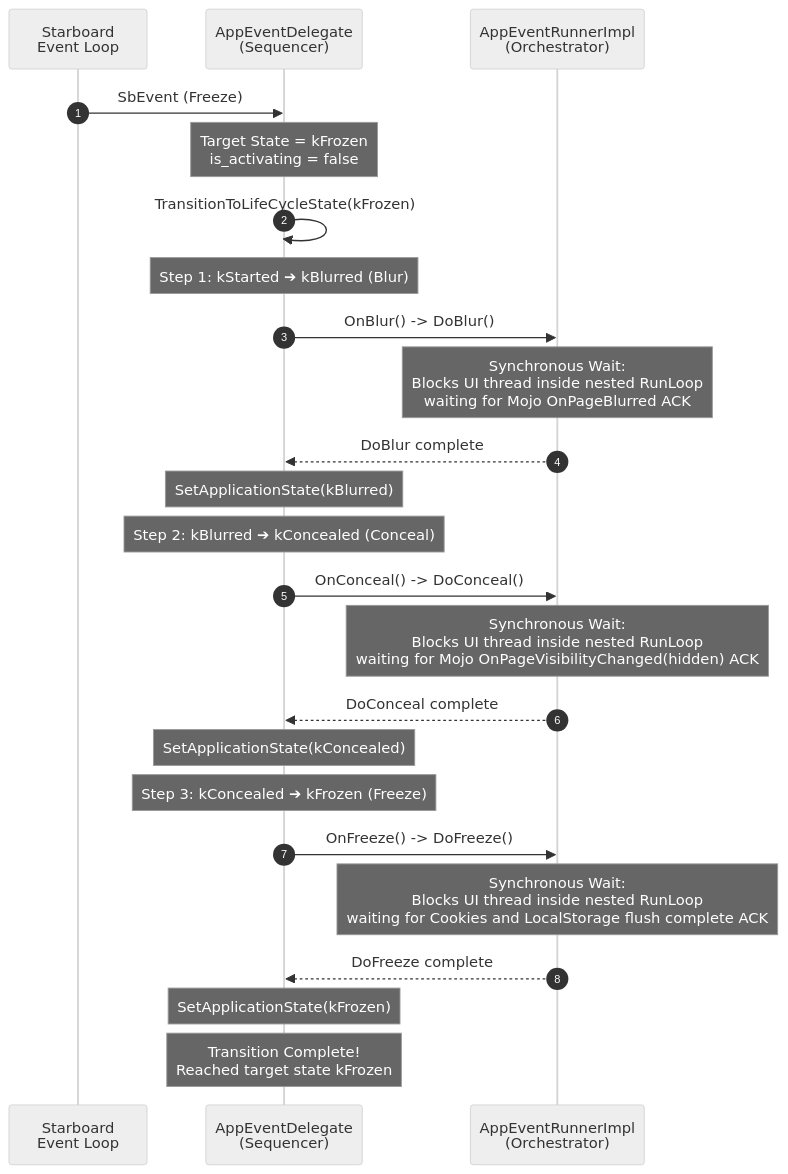
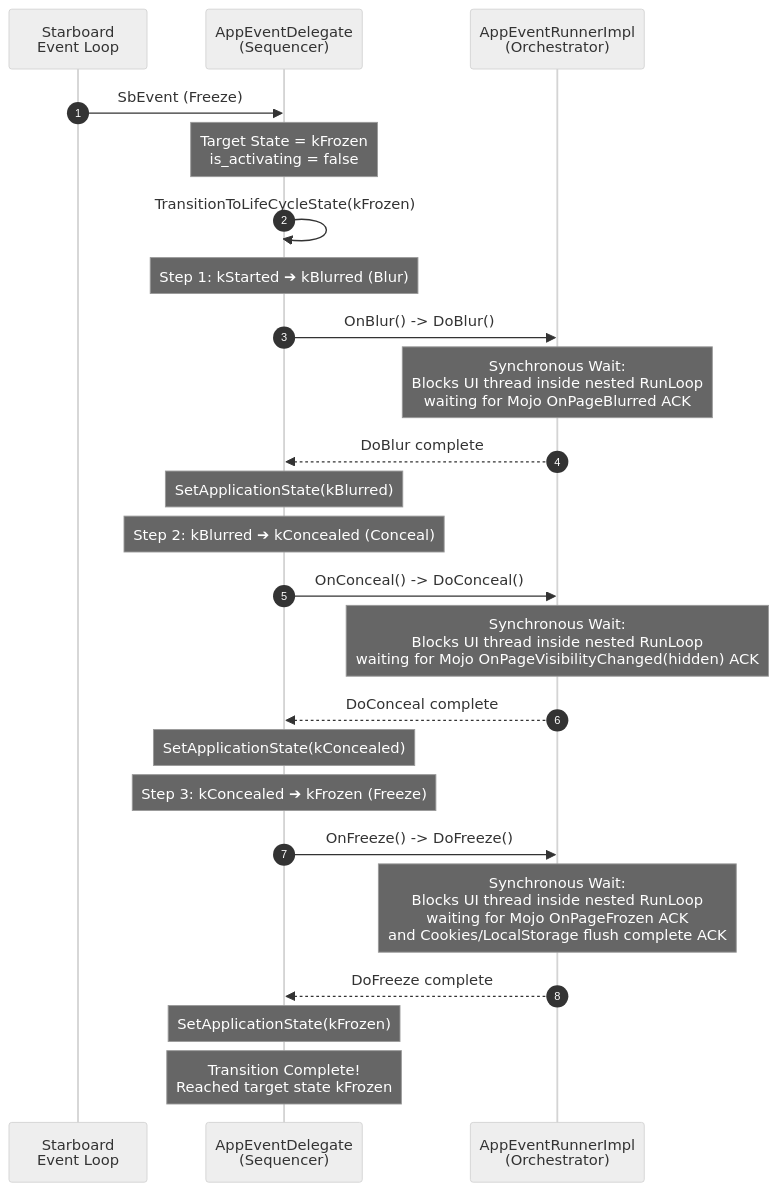
Diagram 12 of 14 in cobalt/doc/lifecycle_internals.md (youtube/cobalt), drawn with Mermaid (neutral theme) before and after one commit. The commit also changed other lines of this file and 11 other files, not shown here.

````diff
--- a/cobalt/doc/lifecycle_internals.md
+++ b/cobalt/doc/lifecycle_internals.md
@@ -464,34 +477,34 @@
 ```mermaid
 sequenceDiagram
   autonumber
   participant OS as Starboard <br/> Event Loop
   participant Delegate as AppEventDelegate <br/> (Sequencer)
   participant Runner as AppEventRunnerImpl <br/> (Orchestrator)
 
   OS->>Delegate: SbEvent (Freeze)
   Note over Delegate: Target State = kFrozen<br/>is_activating = false
   Delegate->>Delegate: TransitionToLifeCycleState(kFrozen)
 
   %% Step 1
   Note over Delegate: Step 1: kStarted ➔ kBlurred (Blur)
   Delegate->>Runner: OnBlur() -> DoBlur()
   Note over Runner: Synchronous Wait:<br/>Blocks UI thread inside nested RunLoop<br/>waiting for Mojo OnPageBlurred ACK
   Runner-->>Delegate: DoBlur complete
   Note over Delegate: SetApplicationState(kBlurred)
 
   %% Step 2
   Note over Delegate: Step 2: kBlurred ➔ kConcealed (Conceal)
   Delegate->>Runner: OnConceal() -> DoConceal()
   Note over Runner: Synchronous Wait:<br/>Blocks UI thread inside nested RunLoop<br/>waiting for Mojo OnPageVisibilityChanged(hidden) ACK
   Runner-->>Delegate: DoConceal complete
   Note over Delegate: SetApplicationState(kConcealed)
 
   %% Step 3
   Note over Delegate: Step 3: kConcealed ➔ kFrozen (Freeze)
   Delegate->>Runner: OnFreeze() -> DoFreeze()
-  Note over Runner: Synchronous Wait:<br/>Blocks UI thread inside nested RunLoop<br/>waiting for Cookies and LocalStorage flush complete ACK
+  Note over Runner: Synchronous Wait:<br/>Blocks UI thread inside nested RunLoop<br/>waiting for Mojo OnPageFrozen ACK<br/>and Cookies/LocalStorage flush complete ACK
   Runner-->>Delegate: DoFreeze complete
   Note over Delegate: SetApplicationState(kFrozen)
 
   Note over Delegate: Transition Complete!<br/>Reached target state kFrozen
 ```
````
